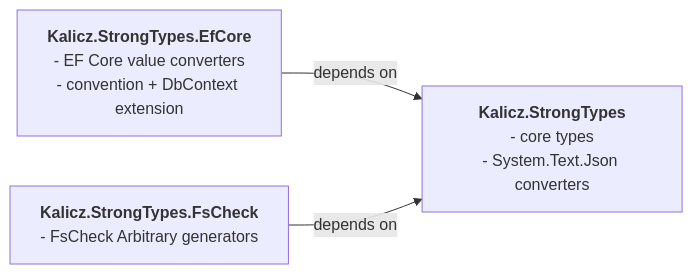
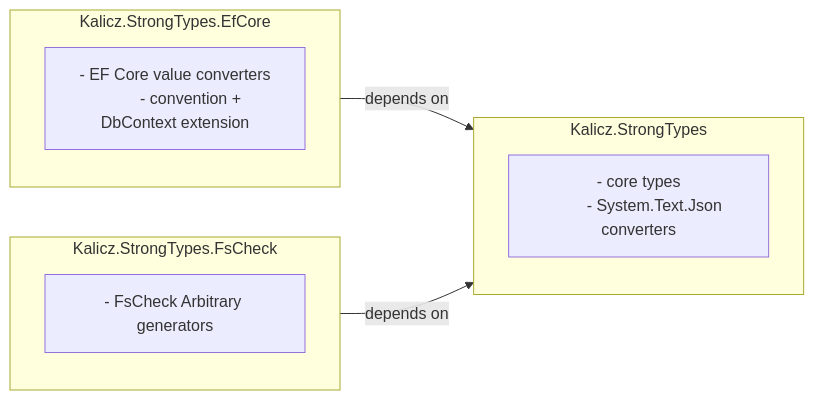
One commit to KaliCZ/StrongTypes changed the first of 7 diagrams in readme.md. Above: the diagram before and after it, drawn with Mermaid.

Commit message:
Try subgraph layout for package layout diagram
Subgraph titles render with real visual hierarchy over interior node
bullets — should separate the package name from the contents more
clearly than bold markdown in a single node label.

````diff
--- a/readme.md
+++ b/readme.md
@@ -13,13 +13,16 @@
 ```mermaid
 flowchart LR
-    Core["`**Kalicz.StrongTypes**
-    - core types
-    - System.Text.Json converters`"]
-    EfCore["`**Kalicz.StrongTypes.EfCore**
-    - EF Core value converters
-    - convention + DbContext extension`"]
-    FsCheck["`**Kalicz.StrongTypes.FsCheck**
-    - FsCheck Arbitrary generators`"]
+    subgraph Core[Kalicz.StrongTypes]
+        CoreBody["`- core types
+        - System.Text.Json converters`"]
+    end
+    subgraph EfCore[Kalicz.StrongTypes.EfCore]
+        EfCoreBody["`- EF Core value converters
+        - convention + DbContext extension`"]
+    end
+    subgraph FsCheck[Kalicz.StrongTypes.FsCheck]
+        FsCheckBody["`- FsCheck Arbitrary generators`"]
+    end
     EfCore -->|depends on| Core
     FsCheck -->|depends on| Core
 ```
````
